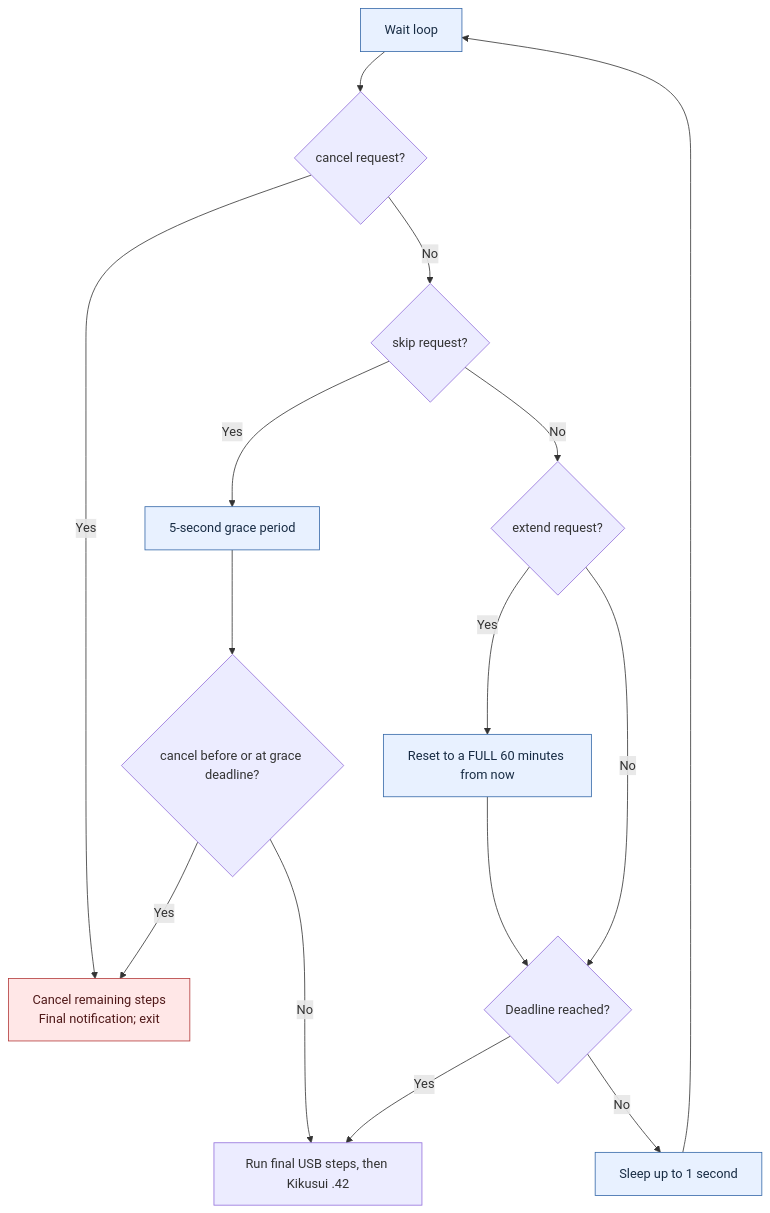
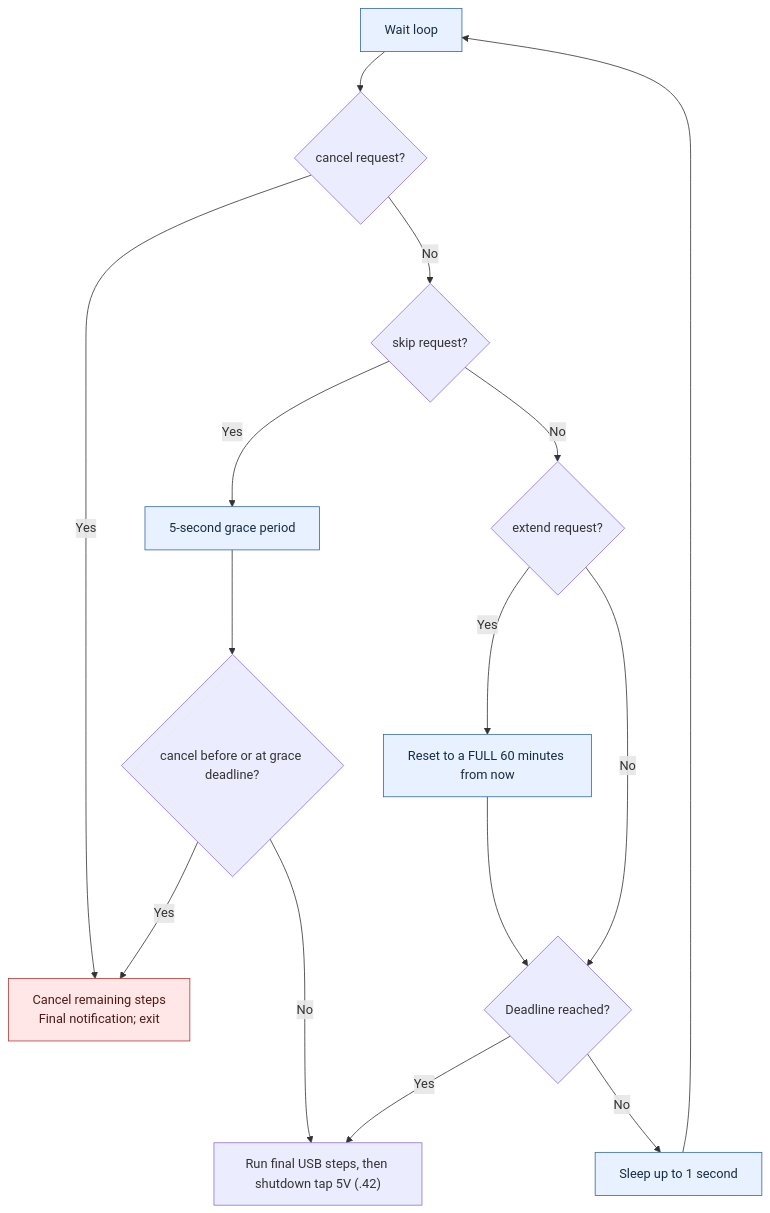
Before and after one commit to hyptpc/lh2_leak_monitor: the fourth of 5 diagrams in operation-guide/README.md, drawn with Mermaid. The commit also changed other lines of this file and 12 other files, not shown here.

```diff
--- a/operation-guide/README.md
+++ b/operation-guide/README.md
@@ -188,21 +201,21 @@
 ~~~mermaid
 flowchart TD
     W["Wait loop"] --> C{"cancel request?"}
     C -->|Yes| STOP["Cancel remaining steps<br/>Final notification; exit"]
     C -->|No| S{"skip request?"}
     S -->|Yes| G["5-second grace period"]
     G --> GC{"cancel before or at grace deadline?"}
     GC -->|Yes| STOP
-    GC -->|No| FINAL["Run final USB steps, then Kikusui .42"]
+    GC -->|No| FINAL["Run final USB steps, then shutdown tap 5V (.42)"]
     S -->|No| E{"extend request?"}
     E -->|Yes| RESET["Reset to a FULL 60 minutes from now"]
     RESET --> T{"Deadline reached?"}
     E -->|No| T
     T -->|Yes| FINAL
     T -->|No| PAUSE["Sleep up to 1 second"]
     PAUSE --> W
     classDef wait fill:#e8f1ff,stroke:#3568a8,color:#182c44;
     classDef stop fill:#ffe7e7,stroke:#b33a3a,color:#501919;
     class W,G,RESET,PAUSE wait;
     class STOP stop;
 ~~~
```
